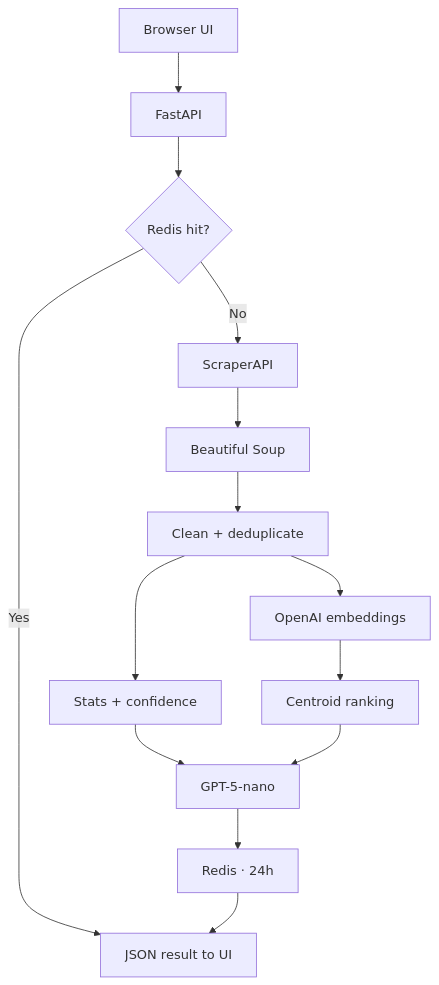
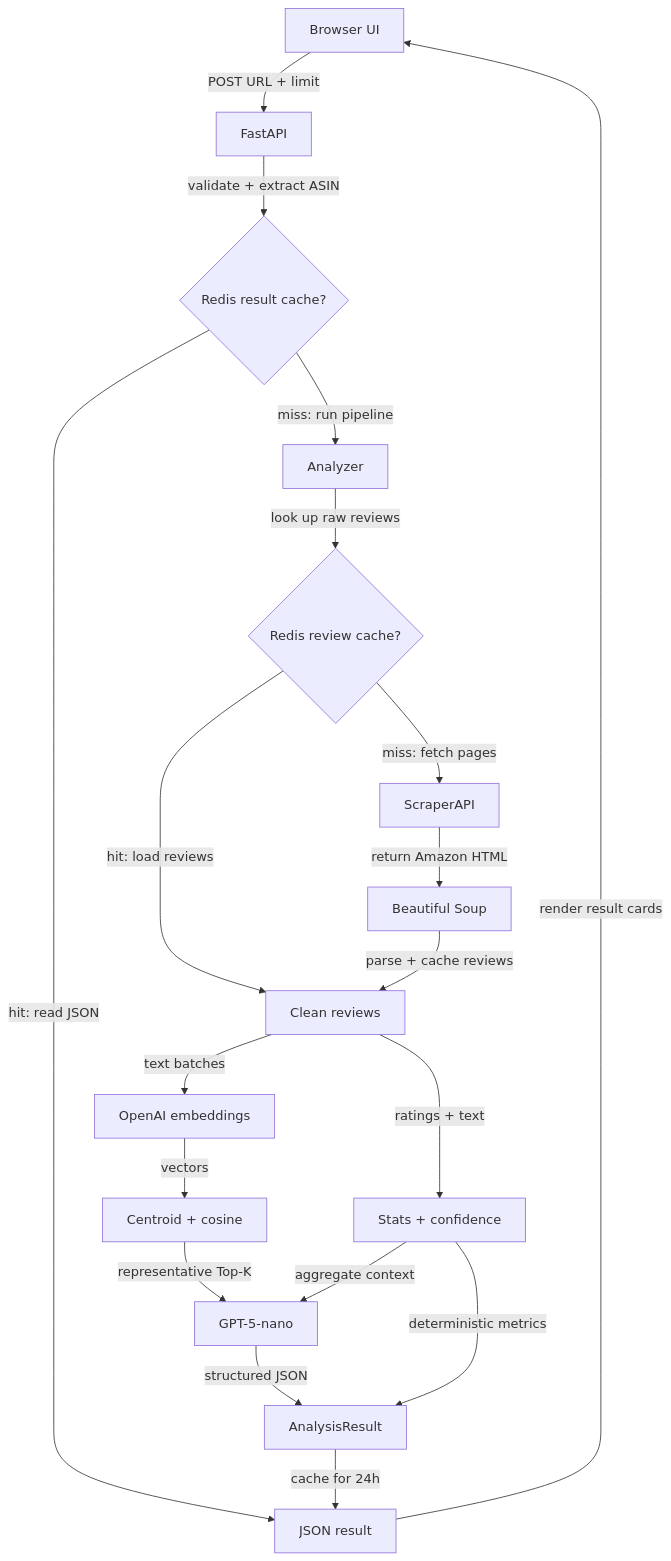
The diagram in README.md (LironTal01/Product-Review-Analysis-System), drawn with Mermaid before and after one commit. The commit also changed other lines of this file and 1 other file, not shown here.

````diff
--- a/README.md
+++ b/README.md
@@ -63,16 +63,24 @@
 ```mermaid
-flowchart TD
-    UI["Browser UI"] --> API["FastAPI"]
-    API --> CACHE{"Redis hit?"}
-    CACHE -->|Yes| RESULT["JSON result to UI"]
-    CACHE -->|No| FETCH["ScraperAPI"]
-    FETCH --> PARSE["Beautiful Soup"]
-    PARSE --> CLEAN["Clean + deduplicate"]
-    CLEAN --> STATS["Stats + confidence"]
-    CLEAN --> EMBED["OpenAI embeddings"]
-    EMBED --> RANK["Centroid ranking"]
-    STATS --> LLM["GPT-5-nano"]
-    RANK --> LLM
-    LLM --> STORE["Redis · 24h"]
-    STORE --> RESULT
+flowchart TB
+    UI["Browser UI"] -->|"POST URL + limit"| API["FastAPI"]
+    API -->|"validate + extract ASIN"| RESULT_CACHE{"Redis result cache?"}
+    RESULT_CACHE -->|"hit: read JSON"| OUTPUT["JSON result"]
+    RESULT_CACHE -->|"miss: run pipeline"| CORE["Analyzer"]
+
+    CORE -->|"look up raw reviews"| REVIEW_CACHE{"Redis review cache?"}
+    REVIEW_CACHE -->|"hit: load reviews"| CLEAN["Clean reviews"]
+    REVIEW_CACHE -->|"miss: fetch pages"| SCRAPER["ScraperAPI"]
+    SCRAPER -->|"return Amazon HTML"| PARSER["Beautiful Soup"]
+    PARSER -->|"parse + cache reviews"| CLEAN
+
+    CLEAN -->|"ratings + text"| METRICS["Stats + confidence"]
+    CLEAN -->|"text batches"| EMBEDDINGS["OpenAI embeddings"]
+    EMBEDDINGS -->|"vectors"| RANK["Centroid + cosine"]
+    RANK -->|"representative Top-K"| LLM["GPT-5-nano"]
+    METRICS -->|"aggregate context"| LLM
+
+    LLM -->|"structured JSON"| ASSEMBLE["AnalysisResult"]
+    METRICS -->|"deterministic metrics"| ASSEMBLE
+    ASSEMBLE -->|"cache for 24h"| OUTPUT
+    OUTPUT -->|"render result cards"| UI
 ```
````
